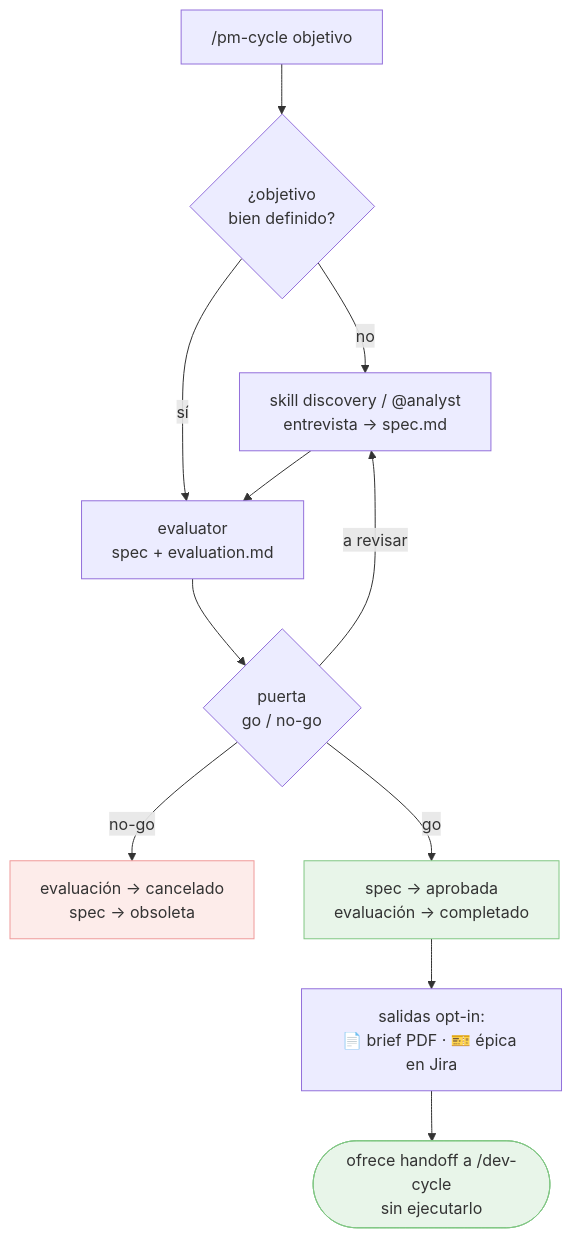
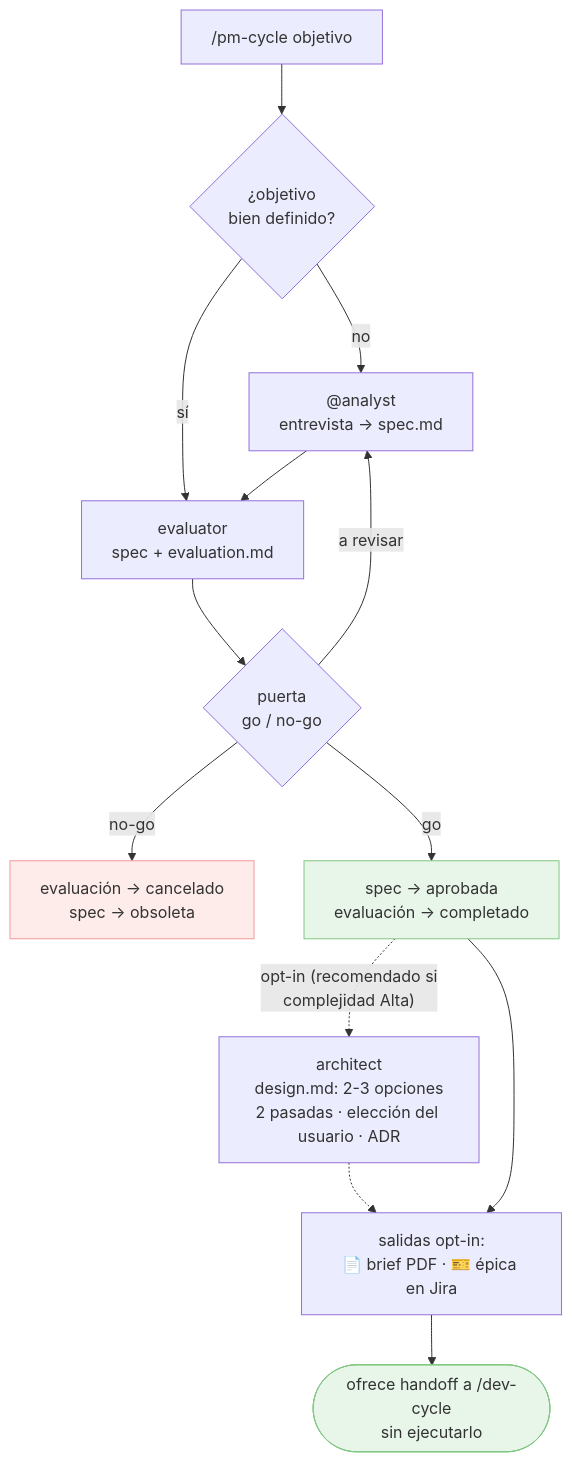
The third of 12 diagrams in docs/FLOWS.md (daycry/custom-agents), drawn with Mermaid before and after one commit. The commit also changed other lines of this file and 215 other files, not shown here.

````diff
--- a/docs/FLOWS.md
+++ b/docs/FLOWS.md
@@ -59,16 +62,18 @@
 ```mermaid
 flowchart TD
     A["/pm-cycle objetivo"] --> B{"¿objetivo<br/>bien definido?"}
-    B -->|no| C["skill discovery / @analyst<br/>entrevista → spec.md"]
+    B -->|no| C["@analyst<br/>entrevista → spec.md"]
     B -->|sí| D["evaluator<br/>spec + evaluation.md"]
     C --> D
     D --> E{"puerta<br/>go / no-go"}
     E -->|no-go| F["evaluación → cancelado<br/>spec → obsoleta"]
     E -->|a revisar| C
     E -->|go| G["spec → aprobada<br/>evaluación → completado"]
+    G -.->|"opt-in (recomendado si<br/>complejidad Alta)"| AR["architect<br/>design.md: 2-3 opciones<br/>2 pasadas · elección del usuario · ADR"]
+    AR -.-> H
     G --> H["salidas opt-in:<br/>📄 brief PDF · 🎫 épica en Jira"]
     H --> I(["ofrece handoff a /dev-cycle<br/>sin ejecutarlo"])
     style F fill:#fdecea,stroke:#ef9a9a
     style G fill:#e8f5e9,stroke:#81c784
     style I fill:#e8f5e9,stroke:#81c784
 ```
````
